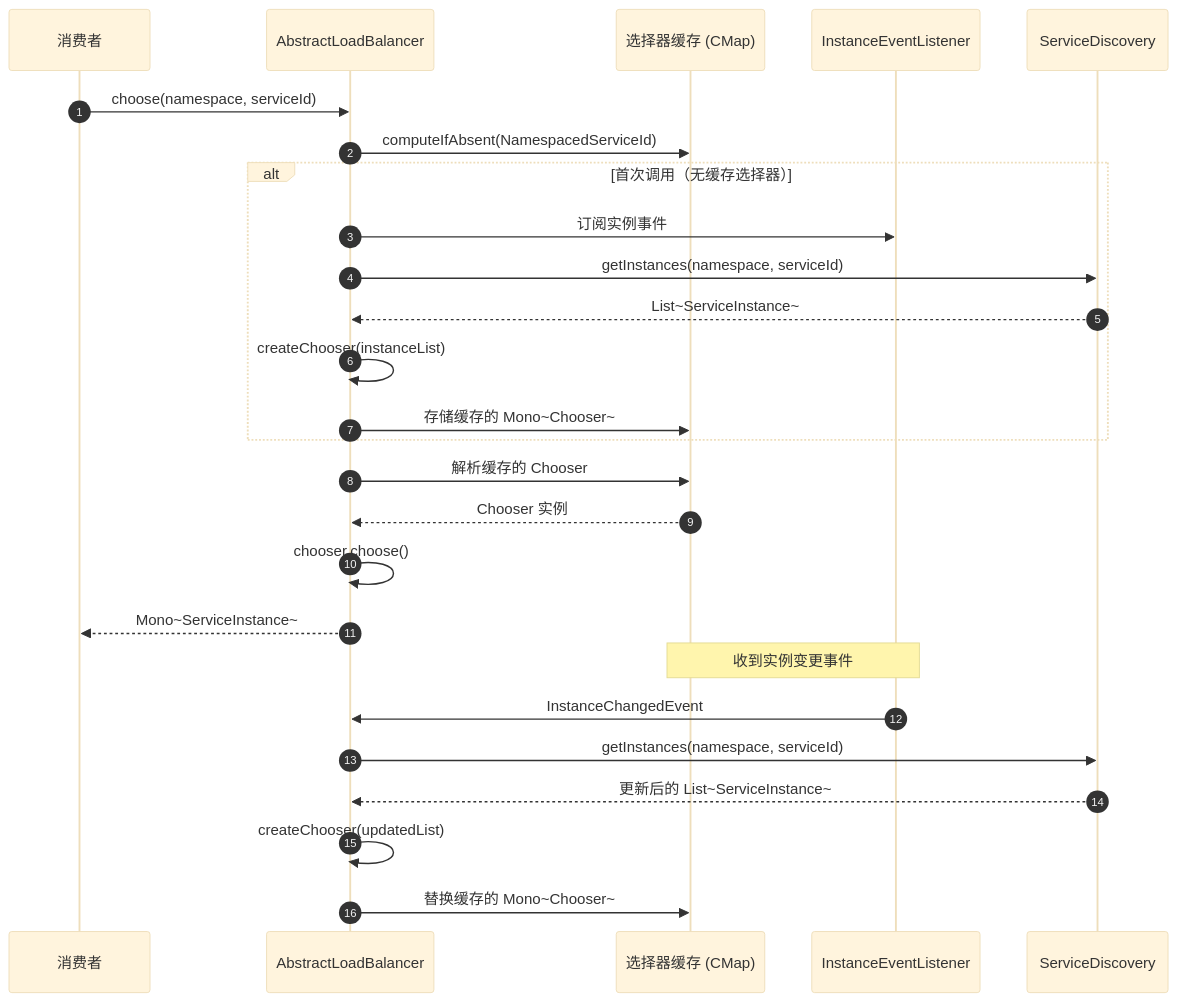
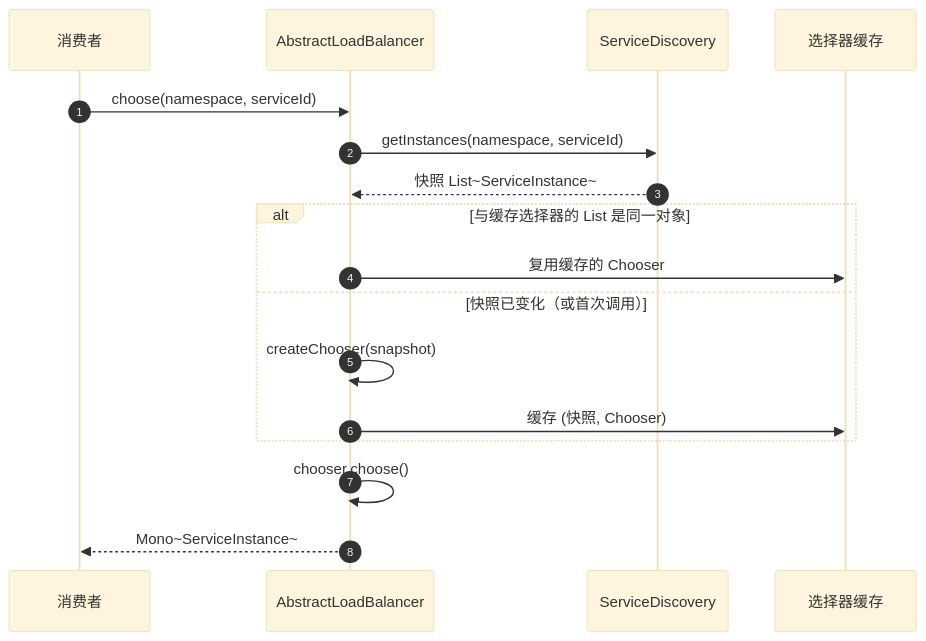
The third of 3 diagrams in wiki/zh/guide/load-balancers.md (Ahoo-Wang/CoSky), drawn with Mermaid (base theme) before and after one commit. The commit also changed other lines of this file and 35 other files, not shown here.

````diff
--- a/wiki/zh/guide/load-balancers.md
+++ b/wiki/zh/guide/load-balancers.md
@@ -209,32 +208,22 @@
 ```mermaid
 sequenceDiagram
     autonumber
     participant Client as 消费者
     participant ALB as AbstractLoadBalancer
-    participant Cache as 选择器缓存 (CMap)
-    participant PubSub as InstanceEventListener
     participant SD as ServiceDiscovery
+    participant Cache as 选择器缓存
 
     Client->>ALB: choose(namespace, serviceId)
-    ALB->>Cache: computeIfAbsent(NamespacedServiceId)
+    ALB->>SD: getInstances(namespace, serviceId)
+    SD-->>ALB: 快照 List~ServiceInstance~
 
-    alt 首次调用（无缓存选择器）
-        ALB->>PubSub: 订阅实例事件
-        ALB->>SD: getInstances(namespace, serviceId)
-        SD-->>ALB: List~ServiceInstance~
-        ALB->>ALB: createChooser(instanceList)
-        ALB->>Cache: 存储缓存的 Mono~Chooser~
+    alt 与缓存选择器的 List 是同一对象
+        ALB->>Cache: 复用缓存的 Chooser
+    else 快照已变化（或首次调用）
+        ALB->>ALB: createChooser(snapshot)
+        ALB->>Cache: 缓存 (快照, Chooser)
     end
 
-    ALB->>Cache: 解析缓存的 Chooser
-    Cache-->>ALB: Chooser 实例
     ALB->>ALB: chooser.choose()
     ALB-->>Client: Mono~ServiceInstance~
-
-    Note over PubSub,Cache: 收到实例变更事件
-    PubSub->>ALB: InstanceChangedEvent
-    ALB->>SD: getInstances(namespace, serviceId)
-    SD-->>ALB: 更新后的 List~ServiceInstance~
-    ALB->>ALB: createChooser(updatedList)
-    ALB->>Cache: 替换缓存的 Mono~Chooser~
 ```
````
